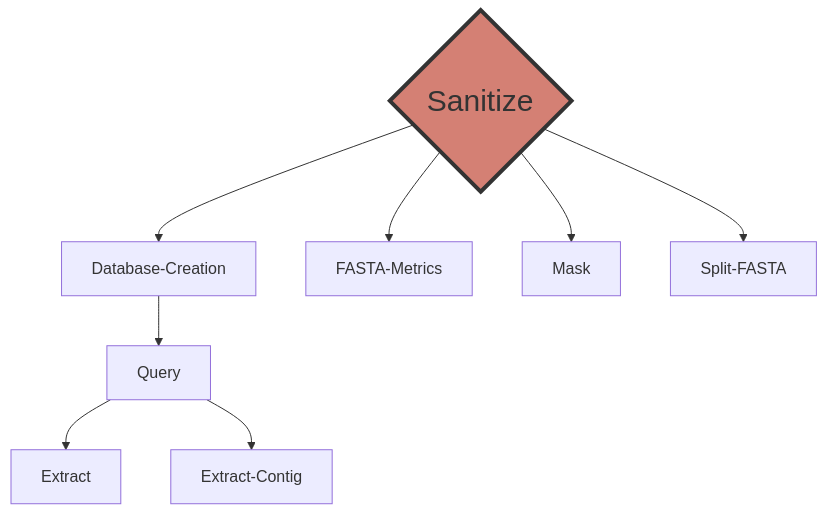
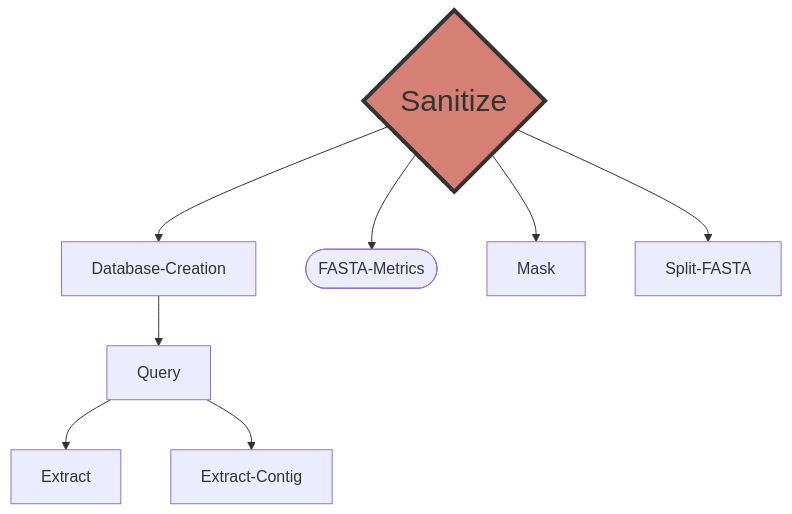
The diagram in README.md (ERBringHorvath/SeqForge), drawn with Mermaid before and after one commit.

````diff
--- a/README.md
+++ b/README.md
@@ -79,13 +79,13 @@
 ```mermaid
 graph TD;
     A{Sanitize}-->Database-Creation;
     Database-Creation-->Query;
     Query-->Extract;
     Query-->Extract-Contig;
-    A{Sanitize}-->FASTA-Metrics;
+    A{Sanitize}-->B([FASTA-Metrics]);
     A{Sanitize}-->Mask;
     A{Sanitize}-->Split-FASTA;
 
     %% Custom style for Sanitize node
     style A fill:#d48074,stroke:#333,stroke-width:4,font-size:30px
 ```
````
